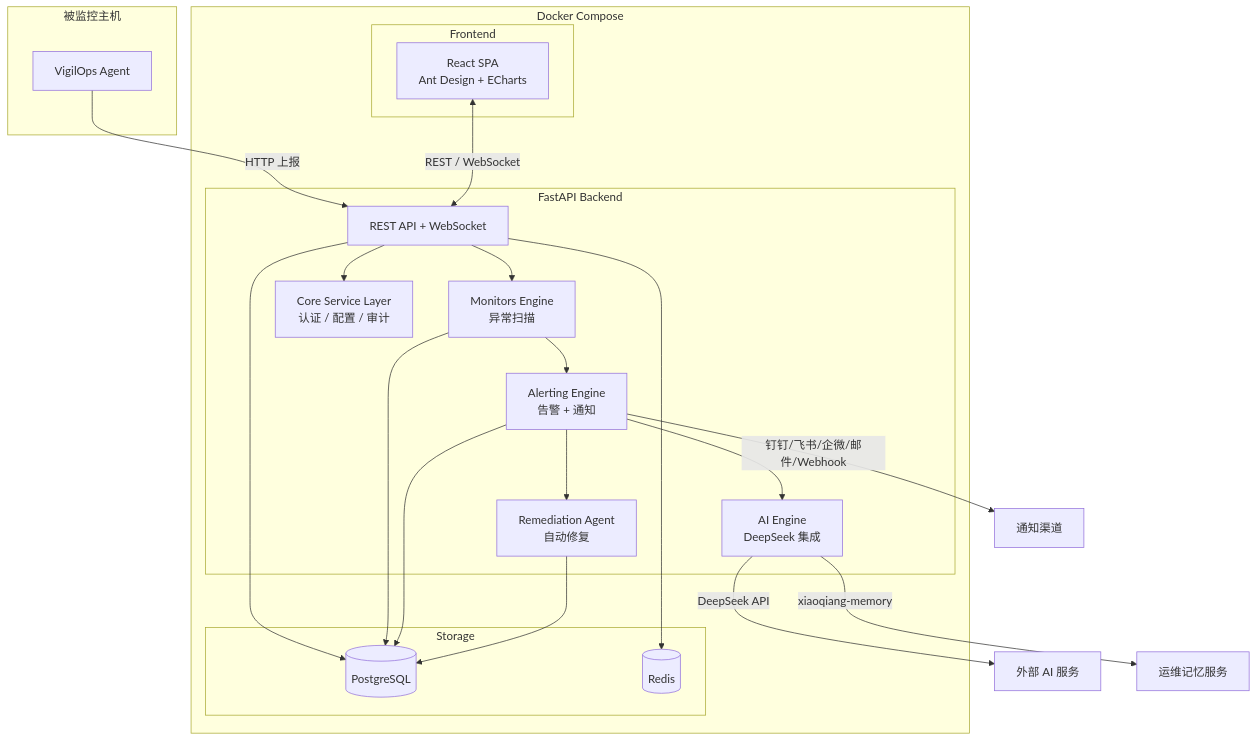
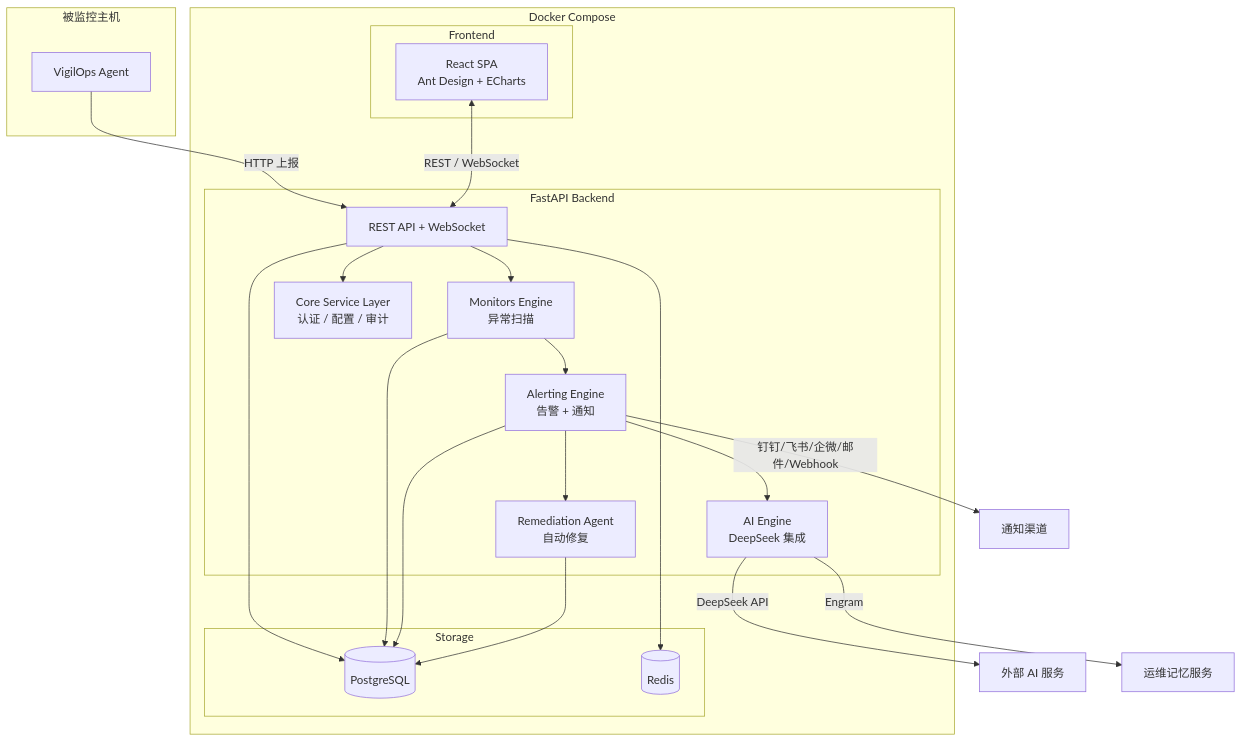
One commit to LinChuang2008/vigilops changed the first of 6 diagrams in docs/architecture.md. Above: the diagram before and after it, drawn with Mermaid. The commit also changed other lines of this file and 11 other files, not shown here.

Commit message:
chore: rename xiaoqiang-memory to Engram + add AI company structure

````diff
--- a/docs/architecture.md
+++ b/docs/architecture.md
@@ -34,43 +34,43 @@
 ```mermaid
 graph TB
     subgraph 被监控主机
         A[VigilOps Agent]
     end
 
     subgraph Docker Compose
         subgraph Frontend
             F[React SPA<br/>Ant Design + ECharts]
         end
 
         subgraph Backend["FastAPI Backend"]
             API[REST API + WebSocket]
             ME[Monitors Engine<br/>异常扫描]
             AE[Alerting Engine<br/>告警 + 通知]
             AI[AI Engine<br/>DeepSeek 集成]
             REM[Remediation Agent<br/>自动修复]
             CORE[Core Service Layer<br/>认证 / 配置 / 审计]
         end
 
         subgraph Storage
             PG[(PostgreSQL)]
             RD[(Redis)]
         end
     end
 
     A -->|HTTP 上报| API
     F <-->|REST / WebSocket| API
     API --> CORE
     API --> ME
     ME --> AE
     AE --> AI
     AE --> REM
     API --> PG
     API --> RD
     ME --> PG
     AE --> PG
     REM --> PG
 
     AI -->|DeepSeek API| EXT[外部 AI 服务]
-    AI -->|xiaoqiang-memory| MEM[运维记忆服务]
+    AI -->|Engram| MEM[运维记忆服务]
     AE -->|钉钉/飞书/企微/邮件/Webhook| NOTIFY[通知渠道]
 ```
````
